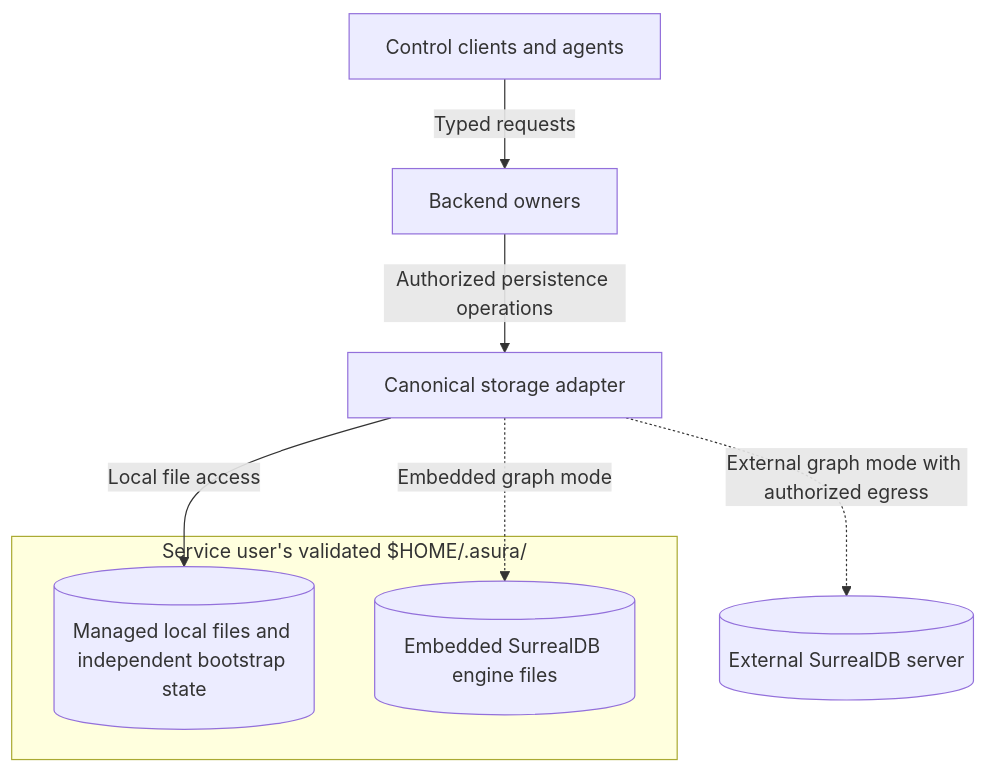
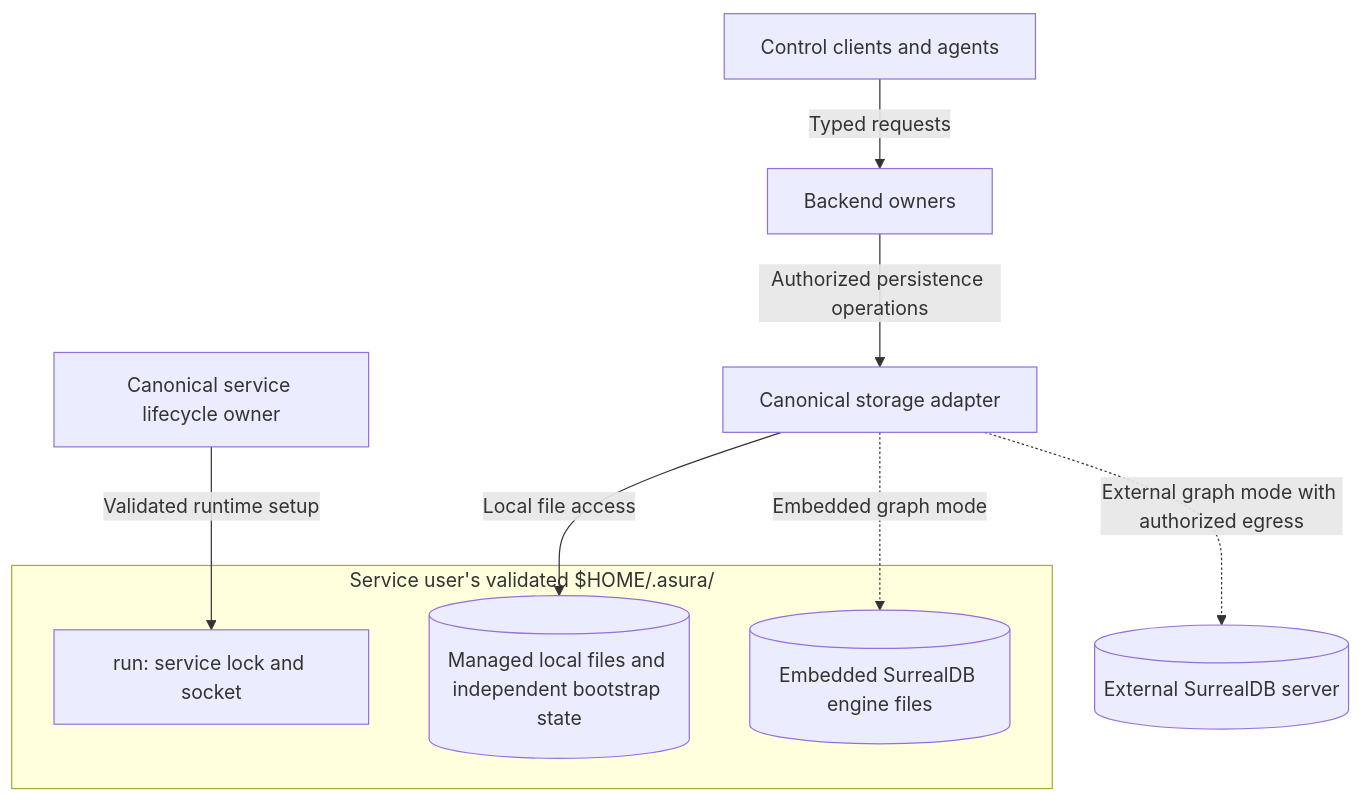
The fourth of 7 diagrams in docs/designs/user-service-configuration.md (pidster/asura), drawn with Mermaid before and after one commit. The commit also changed other lines of this file and 246 other files, not shown here.

````diff
--- a/docs/designs/user-service-configuration.md
+++ b/docs/designs/user-service-configuration.md
@@ -156,12 +187,14 @@
 ```mermaid
 flowchart TD
     Client["Control clients and agents"] -->|Typed requests| Backend["Backend owners"]
     Backend -->|Authorized persistence operations| Storage["Canonical storage adapter"]
     subgraph Home["Service user's validated $HOME/.asura/"]
+        Runtime["run: service lock and socket"]
         Files[("Managed local files and independent bootstrap state")]
         Embedded[("Embedded SurrealDB engine files")]
     end
+    Lifecycle["Canonical service lifecycle owner"] -->|Validated runtime setup| Runtime
     Storage -->|Local file access| Files
     Storage -.->|Embedded graph mode| Embedded
     Storage -.->|External graph mode with authorized egress| External[("External SurrealDB server")]
 ```
````
